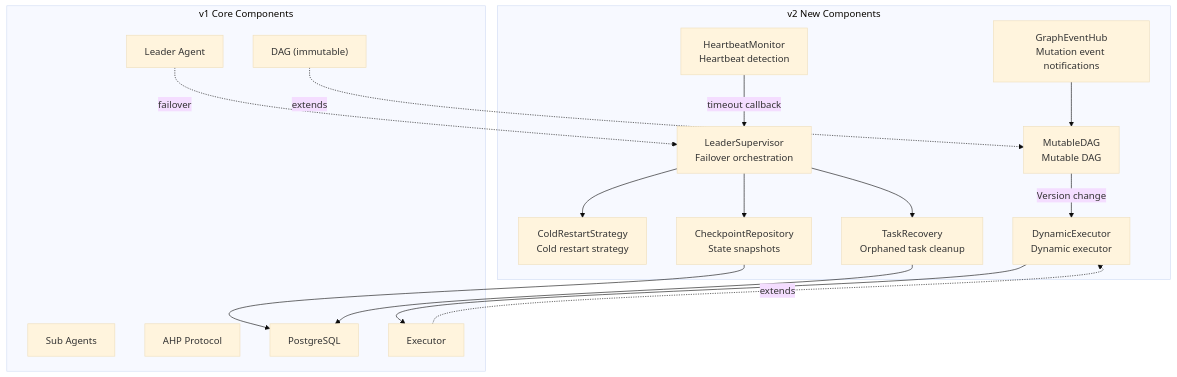
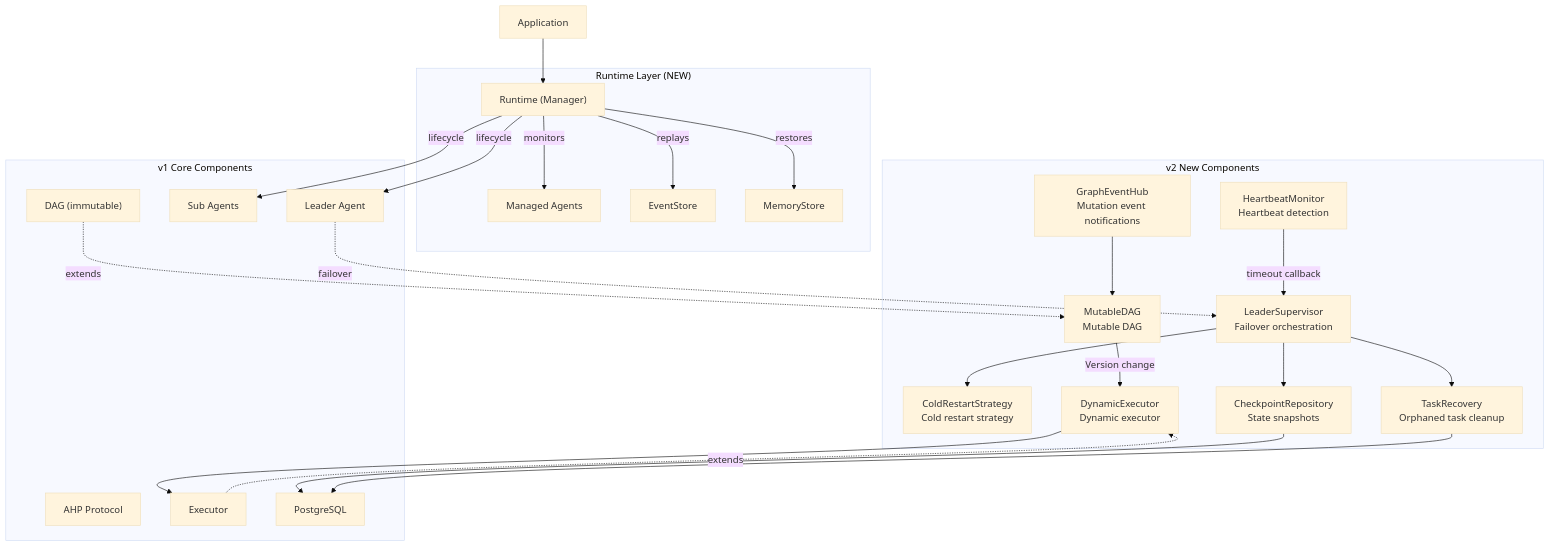
One commit to Timwood0x10/ARES changed the second of 6 diagrams in docs/en/architecture/v2-architecture.md. Above: the diagram before and after it, drawn with Mermaid (base theme). The commit also changed other lines of this file and 117 other files, not shown here.

````diff
--- a/docs/en/architecture/v2-architecture.md
+++ b/docs/en/architecture/v2-architecture.md
@@ -33,37 +33,49 @@
 ```mermaid
 graph TB
+    App["Application"] --> RT
+
+    subgraph RuntimeLayer["Runtime Layer (NEW)"]
+        RT["Runtime (Manager)"]
+        RT -->|"monitors"| Agents["Managed Agents"]
+        RT -->|"replays"| ES["EventStore"]
+        RT -->|"restores"| MM["MemoryStore"]
+    end
+
     subgraph v2Additions["v2 New Components"]
         HB["HeartbeatMonitor<br/>Heartbeat detection"]
         LS["LeaderSupervisor<br/>Failover orchestration"]
         CR["ColdRestartStrategy<br/>Cold restart strategy"]
         CP["CheckpointRepository<br/>State snapshots"]
         TR["TaskRecovery<br/>Orphaned task cleanup"]
         MDAG["MutableDAG<br/>Mutable DAG"]
         DE["DynamicExecutor<br/>Dynamic executor"]
         GEH["GraphEventHub<br/>Mutation event notifications"]
     end
 
     subgraph v1Core["v1 Core Components"]
         Leader["Leader Agent"]
         SubAgents["Sub Agents"]
         AHP["AHP Protocol"]
         DAG["DAG (immutable)"]
         Executor["Executor"]
         PG["PostgreSQL"]
     end
 
+    RT -->|"lifecycle"| Leader
+    RT -->|"lifecycle"| SubAgents
+
     HB -->|"timeout callback"| LS
     LS --> CR
     LS --> CP
     LS --> TR
     CP --> PG
     TR --> PG
 
     MDAG -->|"Version change"| DE
     GEH --> MDAG
     DE --> Executor
 
     Leader -.->|"failover"| LS
     DAG -.->|"extends"| MDAG
     Executor -.->|"extends"| DE
 ```
````
